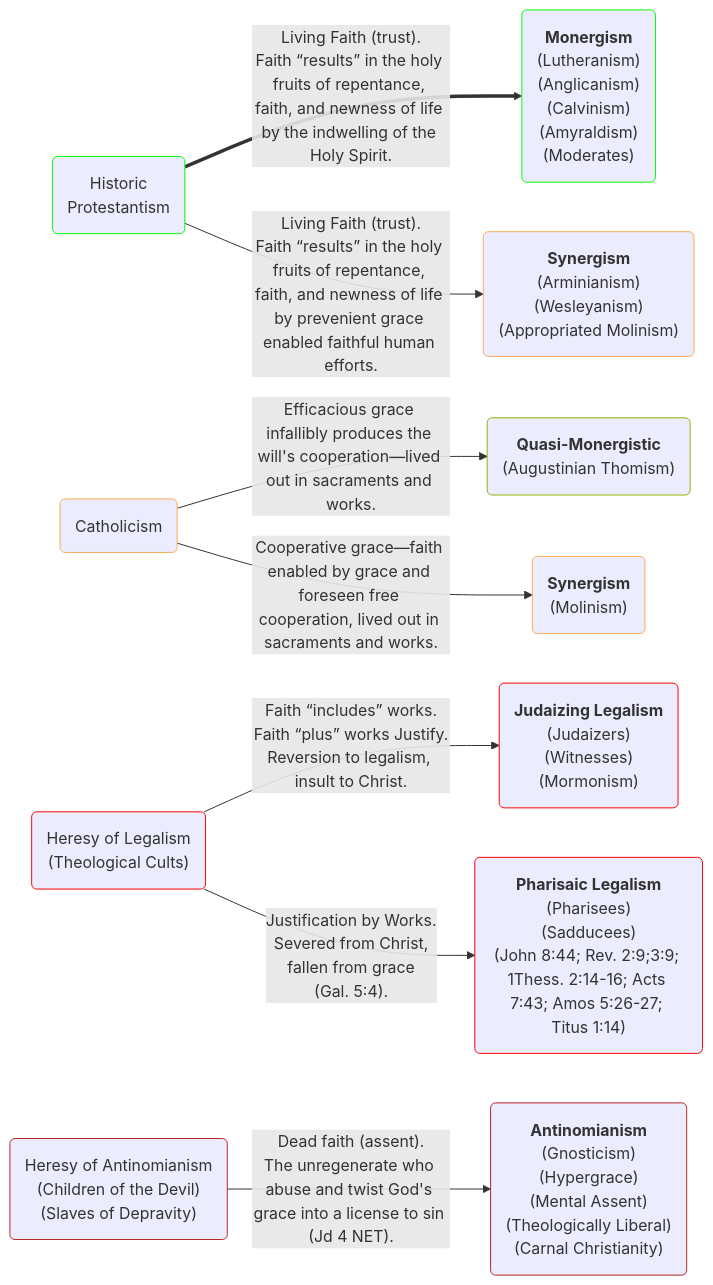
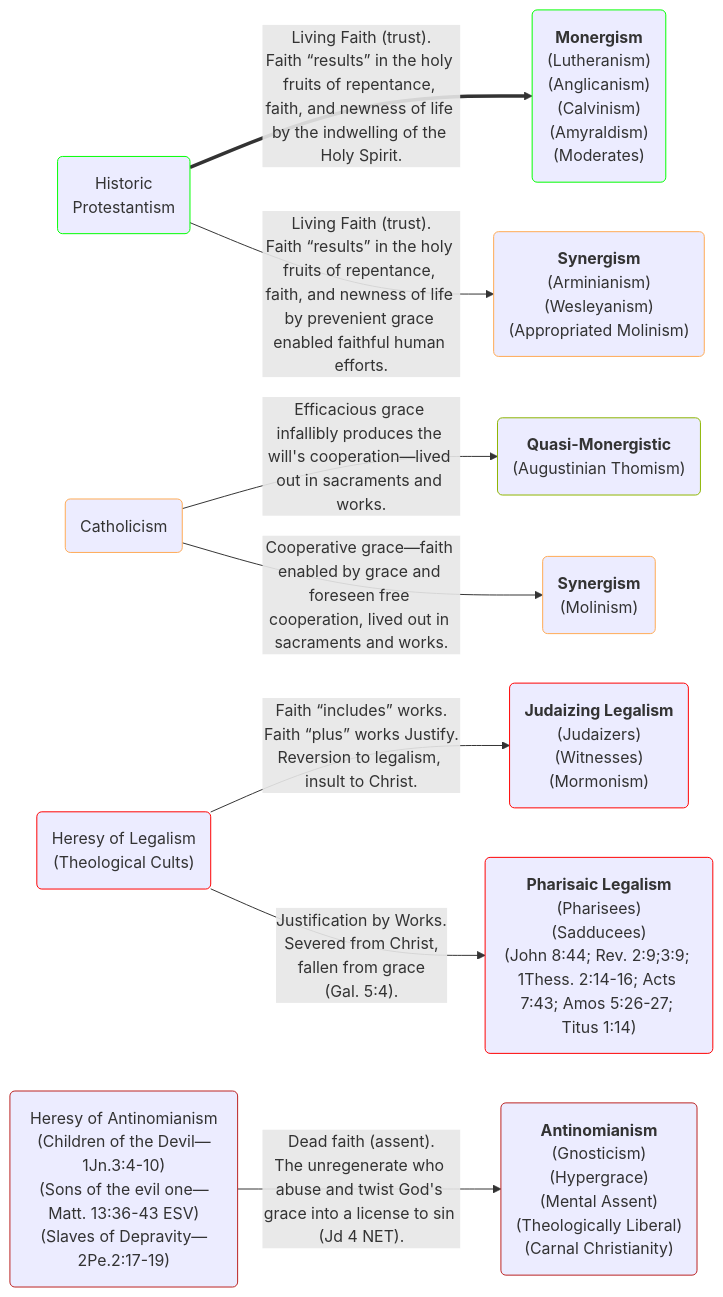
One commit to OrdoLuminis/ordoluminis.github.io changed the first of 2 diagrams in _posts/2025-08-03-historic-protestant-position.markdown. Above: the diagram before and after it, drawn with Mermaid. The commit also changed other lines of this file, not shown here.

````diff
--- a/_posts/2025-08-03-historic-protestant-position.markdown
+++ b/_posts/2025-08-03-historic-protestant-position.markdown
@@ -55,23 +55,23 @@
 ```mermaid
 flowchart LR
     A(Historic<br>Protestantism):::green
     B(Catholicism):::orange
     C(Heresy of Legalism<br>&lpar;Theological Cults&rpar;):::red
-    D(Heresy of Antinomianism<br>&lpar;Children of the Devil&rpar;<br>&lpar;Slaves of Depravity&rpar;):::firebrick
+    D(Heresy of Antinomianism<br>&lpar;Children of the Devil&mdash;1Jn.3:4-10&rpar;<br>&lpar;Sons of the evil one&mdash;Matt. 13:36-43 ESV&rpar;<br>&lpar;Slaves of Depravity&mdash;2Pe.2:17-19&rpar;):::firebrick
     A ==>|Living Faith &lpar;trust&rpar;.<br>Faith &ldquo;results&rdquo; in the holy fruits of repentance, faith, and newness of life by the indwelling of the Holy Spirit.| G(<strong>Monergism</strong><br>&lpar;Lutheranism&rpar;<br>&lpar;Anglicanism&rpar;<br>&lpar;Calvinism&rpar;<br>&lpar;Amyraldism&rpar;<br>&lpar;Moderates&rpar;):::green
     A -->|Living Faith &lpar;trust&rpar;.<br>Faith &ldquo;results&rdquo; in the holy fruits of repentance, faith, and newness of life by prevenient grace enabled faithful human efforts.| H(<strong>Synergism</strong><br>&lpar;Arminianism&rpar;<br>&lpar;Wesleyanism&rpar;<br>&lpar;Appropriated Molinism&rpar;):::orange
     B -->|Efficacious grace infallibly produces the will's cooperation&mdash;lived out in sacraments and works.| N(<strong>Quasi-Monergistic</strong><br>&lpar;Augustinian Thomism&rpar;):::yellowgreen
     B -->|Cooperative grace&mdash;faith enabled by grace and foreseen free cooperation, lived out in sacraments and works.| I(<strong>Synergism</strong><br>&lpar;Molinism&rpar;):::orange
     C -->|Faith &ldquo;includes&rdquo; works.<br>Faith &ldquo;plus&rdquo; works Justify.<br>Reversion to legalism, insult to Christ.| J(<strong>Judaizing Legalism</strong><br>&lpar;Judaizers&rpar;<br>&lpar;Witnesses&rpar;<br>&lpar;Mormonism&rpar;):::red
     C -->|Justification by Works.<br>Severed from Christ,<br>fallen from grace<br>&lpar;Gal. 5:4&rpar;.| K(<strong>Pharisaic Legalism</strong><br>&lpar;Pharisees&rpar;<br>&lpar;Sadducees&rpar;<br>&lpar;John 8:44; Rev. 2:9;3:9; 1Thess. 2:14-16; Acts 7:43; Amos 5:26-27; Titus 1:14&rpar;):::red
     D -->|Dead faith &lpar;assent&rpar;.<br>The unregenerate who abuse and twist God's grace into a license to sin &lpar;Jd 4 NET&rpar;.| L(<strong>Antinomianism</strong><br>&lpar;Gnosticism&rpar;<br>&lpar;Hypergrace&rpar;<br>&lpar;Mental Assent&rpar;<br>&lpar;Theologically Liberal&rpar;<br>&lpar;Carnal Christianity&rpar;):::firebrick
     classDef red stroke:#f00
     classDef green stroke:#0f0
     classDef lightgreen stroke:#Bf0
     classDef yellowgreen stroke:#8db600
     classDef darkgreen stroke:#006400
     classDef orange stroke:#fa5
     classDef firebrick stroke:#b22
     classDef darkred stroke:#8B0000
     classDef darkerred stroke:#701705
 ```
````
